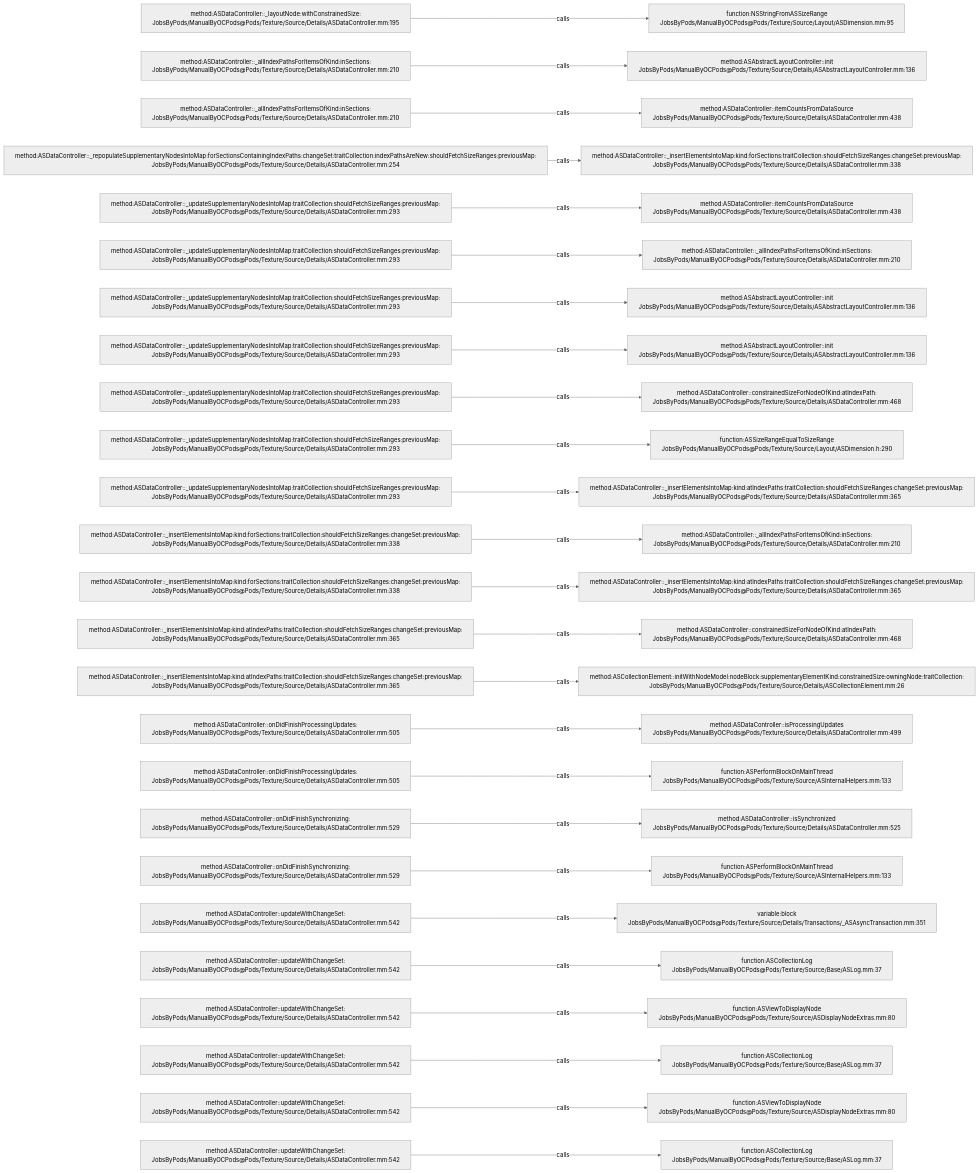
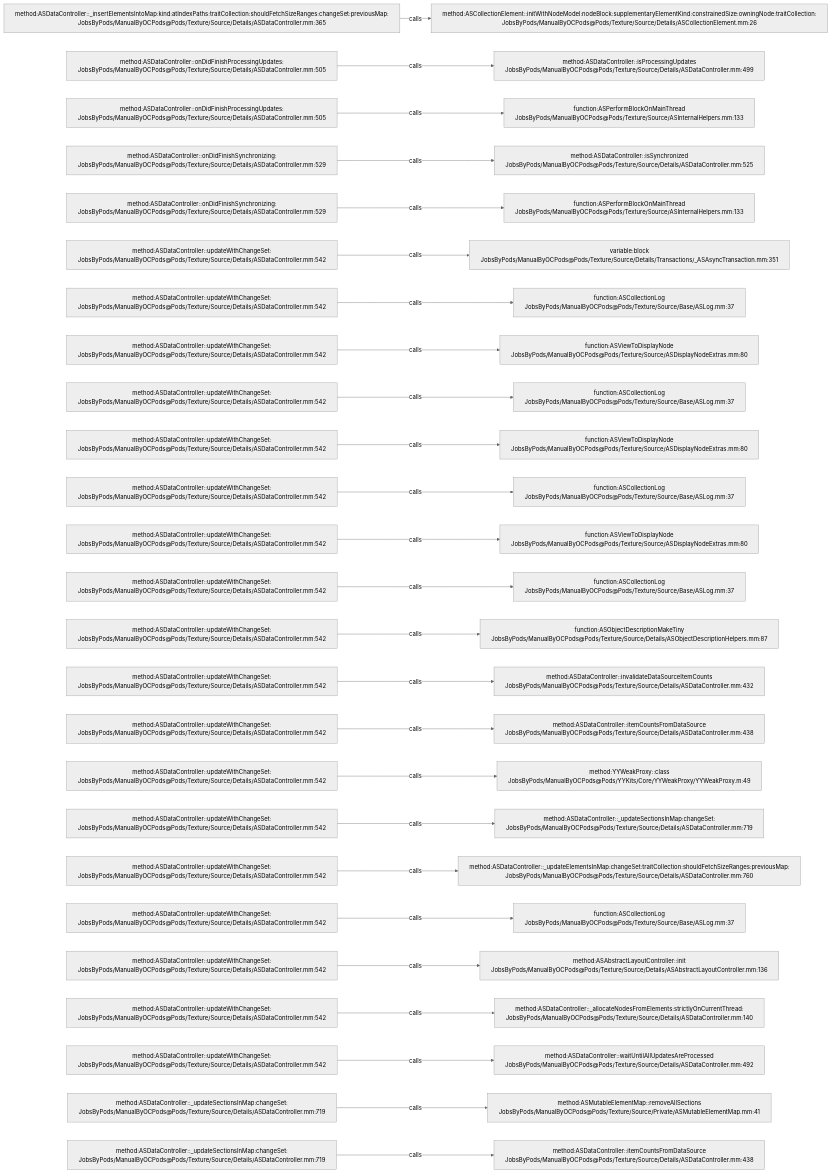
One commit to JobsKits/JobsOCBaseConfigDemo changed the diagram in .codegraph/codegraph.md/graphs/calls-156.md. Above: the diagram before and after it, drawn with Mermaid (neutral theme). The commit also changed 296 other files, not shown here.

````diff
--- a/.codegraph/codegraph.md/graphs/calls-156.md
+++ b/.codegraph/codegraph.md/graphs/calls-156.md
@@ -13,78 +13,78 @@
 ```mermaid
 flowchart LR
-  S1["method:ASDataController::_layoutNode:withConstrainedSize:<br/>JobsByPods/ManualByOCPods@Pods/Texture/Source/Details/ASDataController.mm:195"]
-  T1["function:NSStringFromASSizeRange<br/>JobsByPods/ManualByOCPods@Pods/Texture/Source/Layout/ASDimension.mm:95"]
+  S1["method:ASDataController::_insertElementsIntoMap:kind:atIndexPaths:traitCollection:shouldFetchSizeRanges:changeSet:previousMap:<br/>JobsByPods/ManualByOCPods@Pods/Texture/Source/Details/ASDataController.mm:365"]
+  T1["method:ASCollectionElement::initWithNodeModel:nodeBlock:supplementaryElementKind:constrainedSize:owningNode:traitCollection:<br/>JobsByPods/ManualByOCPods@Pods/Texture/Source/Details/ASCollectionElement.mm:26"]
   S1 -->|calls| T1
-  S2["method:ASDataController::_allIndexPathsForItemsOfKind:inSections:<br/>JobsByPods/ManualByOCPods@Pods/Texture/Source/Details/ASDataController.mm:210"]
-  T2["method:ASAbstractLayoutController::init<br/>JobsByPods/ManualByOCPods@Pods/Texture/Source/Details/ASAbstractLayoutController.mm:136"]
+  S2["method:ASDataController::onDidFinishProcessingUpdates:<br/>JobsByPods/ManualByOCPods@Pods/Texture/Source/Details/ASDataController.mm:505"]
+  T2["method:ASDataController::isProcessingUpdates<br/>JobsByPods/ManualByOCPods@Pods/Texture/Source/Details/ASDataController.mm:499"]
   S2 -->|calls| T2
-  S3["method:ASDataController::_allIndexPathsForItemsOfKind:inSections:<br/>JobsByPods/ManualByOCPods@Pods/Texture/Source/Details/ASDataController.mm:210"]
-  T3["method:ASDataController::itemCountsFromDataSource<br/>JobsByPods/ManualByOCPods@Pods/Texture/Source/Details/ASDataController.mm:438"]
+  S3["method:ASDataController::onDidFinishProcessingUpdates:<br/>JobsByPods/ManualByOCPods@Pods/Texture/Source/Details/ASDataController.mm:505"]
+  T3["function:ASPerformBlockOnMainThread<br/>JobsByPods/ManualByOCPods@Pods/Texture/Source/ASInternalHelpers.mm:133"]
   S3 -->|calls| T3
-  S4["method:ASDataController::_repopulateSupplementaryNodesIntoMap:forSectionsContainingIndexPaths:changeSet:traitCollection:indexPathsAreNew:shouldFetchSizeRanges:previousMap:<br/>JobsByPods/ManualByOCPods@Pods/Texture/Source/Details/ASDataController.mm:254"]
-  T4["method:ASDataController::_insertElementsIntoMap:kind:forSections:traitCollection:shouldFetchSizeRanges:changeSet:previousMap:<br/>JobsByPods/ManualByOCPods@Pods/Texture/Source/Details/ASDataController.mm:338"]
+  S4["method:ASDataController::onDidFinishSynchronizing:<br/>JobsByPods/ManualByOCPods@Pods/Texture/Source/Details/ASDataController.mm:529"]
+  T4["method:ASDataController::isSynchronized<br/>JobsByPods/ManualByOCPods@Pods/Texture/Source/Details/ASDataController.mm:525"]
   S4 -->|calls| T4
-  S5["method:ASDataController::_updateSupplementaryNodesIntoMap:traitCollection:shouldFetchSizeRanges:previousMap:<br/>JobsByPods/ManualByOCPods@Pods/Texture/Source/Details/ASDataController.mm:293"]
-  T5["method:ASDataController::itemCountsFromDataSource<br/>JobsByPods/ManualByOCPods@Pods/Texture/Source/Details/ASDataController.mm:438"]
+  S5["method:ASDataController::onDidFinishSynchronizing:<br/>JobsByPods/ManualByOCPods@Pods/Texture/Source/Details/ASDataController.mm:529"]
+  T5["function:ASPerformBlockOnMainThread<br/>JobsByPods/ManualByOCPods@Pods/Texture/Source/ASInternalHelpers.mm:133"]
   S5 -->|calls| T5
-  S6["method:ASDataController::_updateSupplementaryNodesIntoMap:traitCollection:shouldFetchSizeRanges:previousMap:<br/>JobsByPods/ManualByOCPods@Pods/Texture/Source/Details/ASDataController.mm:293"]
-  T6["method:ASDataController::_allIndexPathsForItemsOfKind:inSections:<br/>JobsByPods/ManualByOCPods@Pods/Texture/Source/Details/ASDataController.mm:210"]
+  S6["method:ASDataController::updateWithChangeSet:<br/>JobsByPods/ManualByOCPods@Pods/Texture/Source/Details/ASDataController.mm:542"]
+  T6["variable:block<br/>JobsByPods/ManualByOCPods@Pods/Texture/Source/Details/Transactions/_ASAsyncTransaction.mm:351"]
   S6 -->|calls| T6
-  S7["method:ASDataController::_updateSupplementaryNodesIntoMap:traitCollection:shouldFetchSizeRanges:previousMap:<br/>JobsByPods/ManualByOCPods@Pods/Texture/Source/Details/ASDataController.mm:293"]
-  T7["method:ASAbstractLayoutController::init<br/>JobsByPods/ManualByOCPods@Pods/Texture/Source/Details/ASAbstractLayoutController.mm:136"]
+  S7["method:ASDataController::updateWithChangeSet:<br/>JobsByPods/ManualByOCPods@Pods/Texture/Source/Details/ASDataController.mm:542"]
+  T7["function:ASCollectionLog<br/>JobsByPods/ManualByOCPods@Pods/Texture/Source/Base/ASLog.mm:37"]
   S7 -->|calls| T7
-  S8["method:ASDataController::_updateSupplementaryNodesIntoMap:traitCollection:shouldFetchSizeRanges:previousMap:<br/>JobsByPods/ManualByOCPods@Pods/Texture/Source/Details/ASDataController.mm:293"]
-  T8["method:ASAbstractLayoutController::init<br/>JobsByPods/ManualByOCPods@Pods/Texture/Source/Details/ASAbstractLayoutController.mm:136"]
+  S8["method:ASDataController::updateWithChangeSet:<br/>JobsByPods/ManualByOCPods@Pods/Texture/Source/Details/ASDataController.mm:542"]
+  T8["function:ASViewToDisplayNode<br/>JobsByPods/ManualByOCPods@Pods/Texture/Source/ASDisplayNodeExtras.mm:80"]
   S8 -->|calls| T8
-  S9["method:ASDataController::_updateSupplementaryNodesIntoMap:traitCollection:shouldFetchSizeRanges:previousMap:<br/>JobsByPods/ManualByOCPods@Pods/Texture/Source/Details/ASDataController.mm:293"]
-  T9["method:ASDataController::constrainedSizeForNodeOfKind:atIndexPath:<br/>JobsByPods/ManualByOCPods@Pods/Texture/Source/Details/ASDataController.mm:468"]
+  S9["method:ASDataController::updateWithChangeSet:<br/>JobsByPods/ManualByOCPods@Pods/Texture/Source/Details/ASDataController.mm:542"]
+  T9["function:ASCollectionLog<br/>JobsByPods/ManualByOCPods@Pods/Texture/Source/Base/ASLog.mm:37"]
   S9 -->|calls| T9
-  S10["method:ASDataController::_updateSupplementaryNodesIntoMap:traitCollection:shouldFetchSizeRanges:previousMap:<br/>JobsByPods/ManualByOCPods@Pods/Texture/Source/Details/ASDataController.mm:293"]
-  T10["function:ASSizeRangeEqualToSizeRange<br/>JobsByPods/ManualByOCPods@Pods/Texture/Source/Layout/ASDimension.h:290"]
+  S10["method:ASDataController::updateWithChangeSet:<br/>JobsByPods/ManualByOCPods@Pods/Texture/Source/Details/ASDataController.mm:542"]
+  T10["function:ASViewToDisplayNode<br/>JobsByPods/ManualByOCPods@Pods/Texture/Source/ASDisplayNodeExtras.mm:80"]
   S10 -->|calls| T10
-  S11["method:ASDataController::_updateSupplementaryNodesIntoMap:traitCollection:shouldFetchSizeRanges:previousMap:<br/>JobsByPods/ManualByOCPods@Pods/Texture/Source/Details/ASDataController.mm:293"]
-  T11["method:ASDataController::_insertElementsIntoMap:kind:atIndexPaths:traitCollection:shouldFetchSizeRanges:changeSet:previousMap:<br/>JobsByPods/ManualByOCPods@Pods/Texture/Source/Details/ASDataController.mm:365"]
+  S11["method:ASDataController::updateWithChangeSet:<br/>JobsByPods/ManualByOCPods@Pods/Texture/Source/Details/ASDataController.mm:542"]
+  T11["function:ASCollectionLog<br/>JobsByPods/ManualByOCPods@Pods/Texture/Source/Base/ASLog.mm:37"]
   S11 -->|calls| T11
-  S12["method:ASDataController::_insertElementsIntoMap:kind:forSections:traitCollection:shouldFetchSizeRanges:changeSet:previousMap:<br/>JobsByPods/ManualByOCPods@Pods/Texture/Source/Details/ASDataController.mm:338"]
-  T12["method:ASDataController::_allIndexPathsForItemsOfKind:inSections:<br/>JobsByPods/ManualByOCPods@Pods/Texture/Source/Details/ASDataController.mm:210"]
+  S12["method:ASDataController::updateWithChangeSet:<br/>JobsByPods/ManualByOCPods@Pods/Texture/Source/Details/ASDataController.mm:542"]
+  T12["function:ASViewToDisplayNode<br/>JobsByPods/ManualByOCPods@Pods/Texture/Source/ASDisplayNodeExtras.mm:80"]
   S12 -->|calls| T12
-  S13["method:ASDataController::_insertElementsIntoMap:kind:forSections:traitCollection:shouldFetchSizeRanges:changeSet:previousMap:<br/>JobsByPods/ManualByOCPods@Pods/Texture/Source/Details/ASDataController.mm:338"]
-  T13["method:ASDataController::_insertElementsIntoMap:kind:atIndexPaths:traitCollection:shouldFetchSizeRanges:changeSet:previousMap:<br/>JobsByPods/ManualByOCPods@Pods/Texture/Source/Details/ASDataController.mm:365"]
+  S13["method:ASDataController::updateWithChangeSet:<br/>JobsByPods/ManualByOCPods@Pods/Texture/Source/Details/ASDataController.mm:542"]
+  T13["function:ASCollectionLog<br/>JobsByPods/ManualByOCPods@Pods/Texture/Source/Base/ASLog.mm:37"]
   S13 -->|calls| T13
-  S14["method:ASDataController::_insertElementsIntoMap:kind:atIndexPaths:traitCollection:shouldFetchSizeRanges:changeSet:previousMap:<br/>JobsByPods/ManualByOCPods@Pods/Texture/Source/Details/ASDataController.mm:365"]
-  T14["method:ASDataController::constrainedSizeForNodeOfKind:atIndexPath:<br/>JobsByPods/ManualByOCPods@Pods/Texture/Source/Details/ASDataController.mm:468"]
+  S14["method:ASDataController::updateWithChangeSet:<br/>JobsByPods/ManualByOCPods@Pods/Texture/Source/Details/ASDataController.mm:542"]
+  T14["function:ASObjectDescriptionMakeTiny<br/>JobsByPods/ManualByOCPods@Pods/Texture/Source/Details/ASObjectDescriptionHelpers.mm:87"]
   S14 -->|calls| T14
-  S15["method:ASDataController::_insertElementsIntoMap:kind:atIndexPaths:traitCollection:shouldFetchSizeRanges:changeSet:previousMap:<br/>JobsByPods/ManualByOCPods@Pods/Texture/Source/Details/ASDataController.mm:365"]
-  T15["method:ASCollectionElement::initWithNodeModel:nodeBlock:supplementaryElementKind:constrainedSize:owningNode:traitCollection:<br/>JobsByPods/ManualByOCPods@Pods/Texture/Source/Details/ASCollectionElement.mm:26"]
+  S15["method:ASDataController::updateWithChangeSet:<br/>JobsByPods/ManualByOCPods@Pods/Texture/Source/Details/ASDataController.mm:542"]
+  T15["method:ASDataController::invalidateDataSourceItemCounts<br/>JobsByPods/ManualByOCPods@Pods/Texture/Source/Details/ASDataController.mm:432"]
   S15 -->|calls| T15
-  S16["method:ASDataController::onDidFinishProcessingUpdates:<br/>JobsByPods/ManualByOCPods@Pods/Texture/Source/Details/ASDataController.mm:505"]
-  T16["method:ASDataController::isProcessingUpdates<br/>JobsByPods/ManualByOCPods@Pods/Texture/Source/Details/ASDataController.mm:499"]
+  S16["method:ASDataController::updateWithChangeSet:<br/>JobsByPods/ManualByOCPods@Pods/Texture/Source/Details/ASDataController.mm:542"]
+  T16["method:ASDataController::itemCountsFromDataSource<br/>JobsByPods/ManualByOCPods@Pods/Texture/Source/Details/ASDataController.mm:438"]
   S16 -->|calls| T16
-  S17["method:ASDataController::onDidFinishProcessingUpdates:<br/>JobsByPods/ManualByOCPods@Pods/Texture/Source/Details/ASDataController.mm:505"]
-  T17["function:ASPerformBlockOnMainThread<br/>JobsByPods/ManualByOCPods@Pods/Texture/Source/ASInternalHelpers.mm:133"]
+  S17["method:ASDataController::updateWithChangeSet:<br/>JobsByPods/ManualByOCPods@Pods/Texture/Source/Details/ASDataController.mm:542"]
+  T17["method:YYWeakProxy::class<br/>JobsByPods/ManualByOCPods@Pods/YYKits/Core/YYWeakProxy/YYWeakProxy.m:49"]
   S17 -->|calls| T17
-  S18["method:ASDataController::onDidFinishSynchronizing:<br/>JobsByPods/ManualByOCPods@Pods/Texture/Source/Details/ASDataController.mm:529"]
-  T18["method:ASDataController::isSynchronized<br/>JobsByPods/ManualByOCPods@Pods/Texture/Source/Details/ASDataController.mm:525"]
+  S18["method:ASDataController::updateWithChangeSet:<br/>JobsByPods/ManualByOCPods@Pods/Texture/Source/Details/ASDataController.mm:542"]
+  T18["method:ASDataController::_updateSectionsInMap:changeSet:<br/>JobsByPods/ManualByOCPods@Pods/Texture/Source/Details/ASDataController.mm:719"]
   S18 -->|calls| T18
-  S19["method:ASDataController::onDidFinishSynchronizing:<br/>JobsByPods/ManualByOCPods@Pods/Texture/Source/Details/ASDataController.mm:529"]
-  T19["function:ASPerformBlockOnMainThread<br/>JobsByPods/ManualByOCPods@Pods/Texture/Source/ASInternalHelpers.mm:133"]
+  S19["method:ASDataController::updateWithChangeSet:<br/>JobsByPods/ManualByOCPods@Pods/Texture/Source/Details/ASDataController.mm:542"]
+  T19["method:ASDataController::_updateElementsInMap:changeSet:traitCollection:shouldFetchSizeRanges:previousMap:<br/>JobsByPods/ManualByOCPods@Pods/Texture/Source/Details/ASDataController.mm:760"]
   S19 -->|calls| T19
   S20["method:ASDataController::updateWithChangeSet:<br/>JobsByPods/ManualByOCPods@Pods/Texture/Source/Details/ASDataController.mm:542"]
-  T20["variable:block<br/>JobsByPods/ManualByOCPods@Pods/Texture/Source/Details/Transactions/_ASAsyncTransaction.mm:351"]
+  T20["function:ASCollectionLog<br/>JobsByPods/ManualByOCPods@Pods/Texture/Source/Base/ASLog.mm:37"]
   S20 -->|calls| T20
   S21["method:ASDataController::updateWithChangeSet:<br/>JobsByPods/ManualByOCPods@Pods/Texture/Source/Details/ASDataController.mm:542"]
-  T21["function:ASCollectionLog<br/>JobsByPods/ManualByOCPods@Pods/Texture/Source/Base/ASLog.mm:37"]
+  T21["method:ASAbstractLayoutController::init<br/>JobsByPods/ManualByOCPods@Pods/Texture/Source/Details/ASAbstractLayoutController.mm:136"]
   S21 -->|calls| T21
   S22["method:ASDataController::updateWithChangeSet:<br/>JobsByPods/ManualByOCPods@Pods/Texture/Source/Details/ASDataController.mm:542"]
-  T22["function:ASViewToDisplayNode<br/>JobsByPods/ManualByOCPods@Pods/Texture/Source/ASDisplayNodeExtras.mm:80"]
+  T22["method:ASDataController::_allocateNodesFromElements:strictlyOnCurrentThread:<br/>JobsByPods/ManualByOCPods@Pods/Texture/Source/Details/ASDataController.mm:140"]
   S22 -->|calls| T22
   S23["method:ASDataController::updateWithChangeSet:<br/>JobsByPods/ManualByOCPods@Pods/Texture/Source/Details/ASDataController.mm:542"]
-  T23["function:ASCollectionLog<br/>JobsByPods/ManualByOCPods@Pods/Texture/Source/Base/ASLog.mm:37"]
+  T23["method:ASDataController::waitUntilAllUpdatesAreProcessed<br/>JobsByPods/ManualByOCPods@Pods/Texture/Source/Details/ASDataController.mm:492"]
   S23 -->|calls| T23
-  S24["method:ASDataController::updateWithChangeSet:<br/>JobsByPods/ManualByOCPods@Pods/Texture/Source/Details/ASDataController.mm:542"]
-  T24["function:ASViewToDisplayNode<br/>JobsByPods/ManualByOCPods@Pods/Texture/Source/ASDisplayNodeExtras.mm:80"]
+  S24["method:ASDataController::_updateSectionsInMap:changeSet:<br/>JobsByPods/ManualByOCPods@Pods/Texture/Source/Details/ASDataController.mm:719"]
+  T24["method:ASMutableElementMap::removeAllSections<br/>JobsByPods/ManualByOCPods@Pods/Texture/Source/Private/ASMutableElementMap.mm:41"]
   S24 -->|calls| T24
-  S25["method:ASDataController::updateWithChangeSet:<br/>JobsByPods/ManualByOCPods@Pods/Texture/Source/Details/ASDataController.mm:542"]
-  T25["function:ASCollectionLog<br/>JobsByPods/ManualByOCPods@Pods/Texture/Source/Base/ASLog.mm:37"]
+  S25["method:ASDataController::_updateSectionsInMap:changeSet:<br/>JobsByPods/ManualByOCPods@Pods/Texture/Source/Details/ASDataController.mm:719"]
+  T25["method:ASDataController::itemCountsFromDataSource<br/>JobsByPods/ManualByOCPods@Pods/Texture/Source/Details/ASDataController.mm:438"]
   S25 -->|calls| T25
 ```
````
